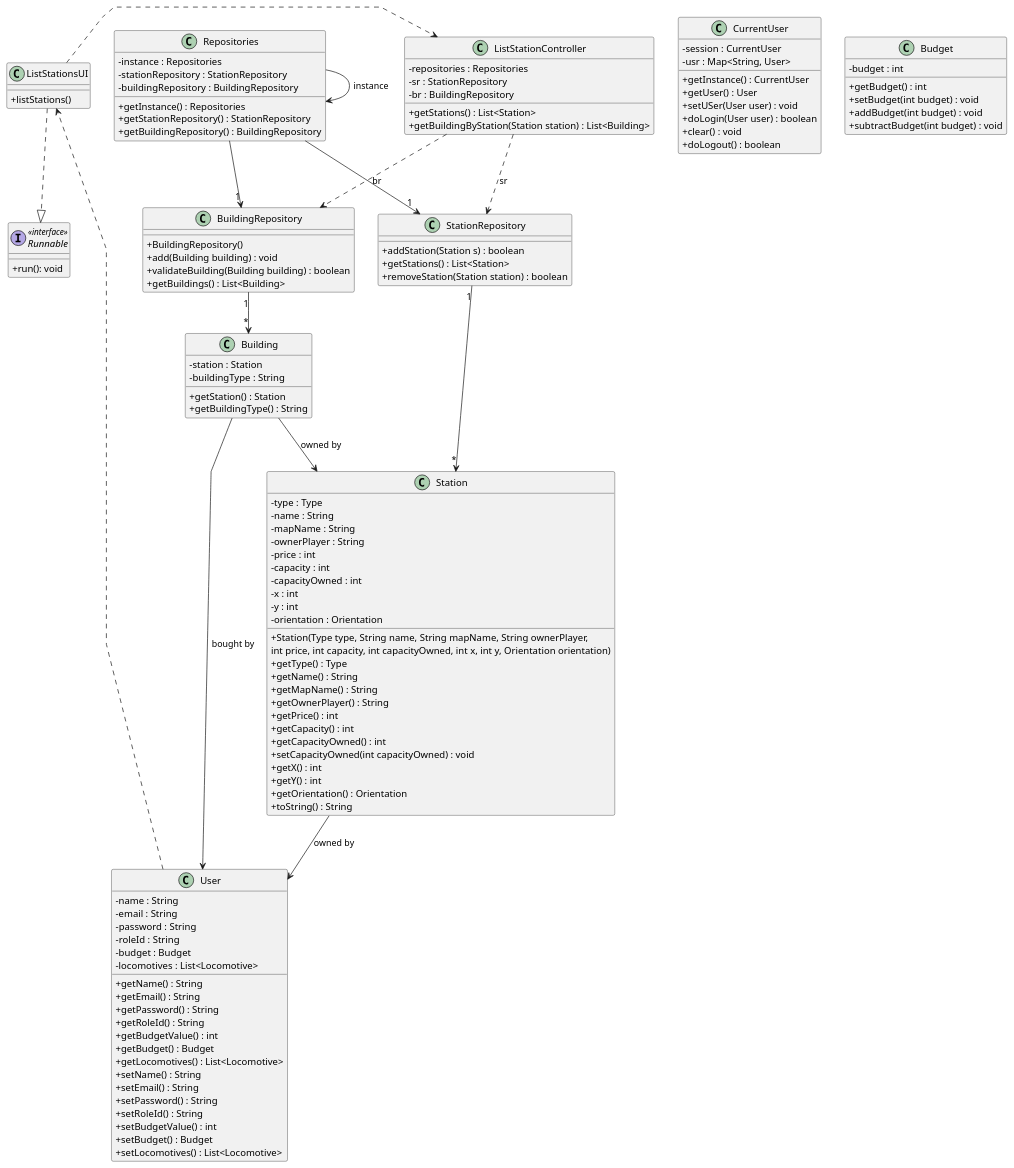
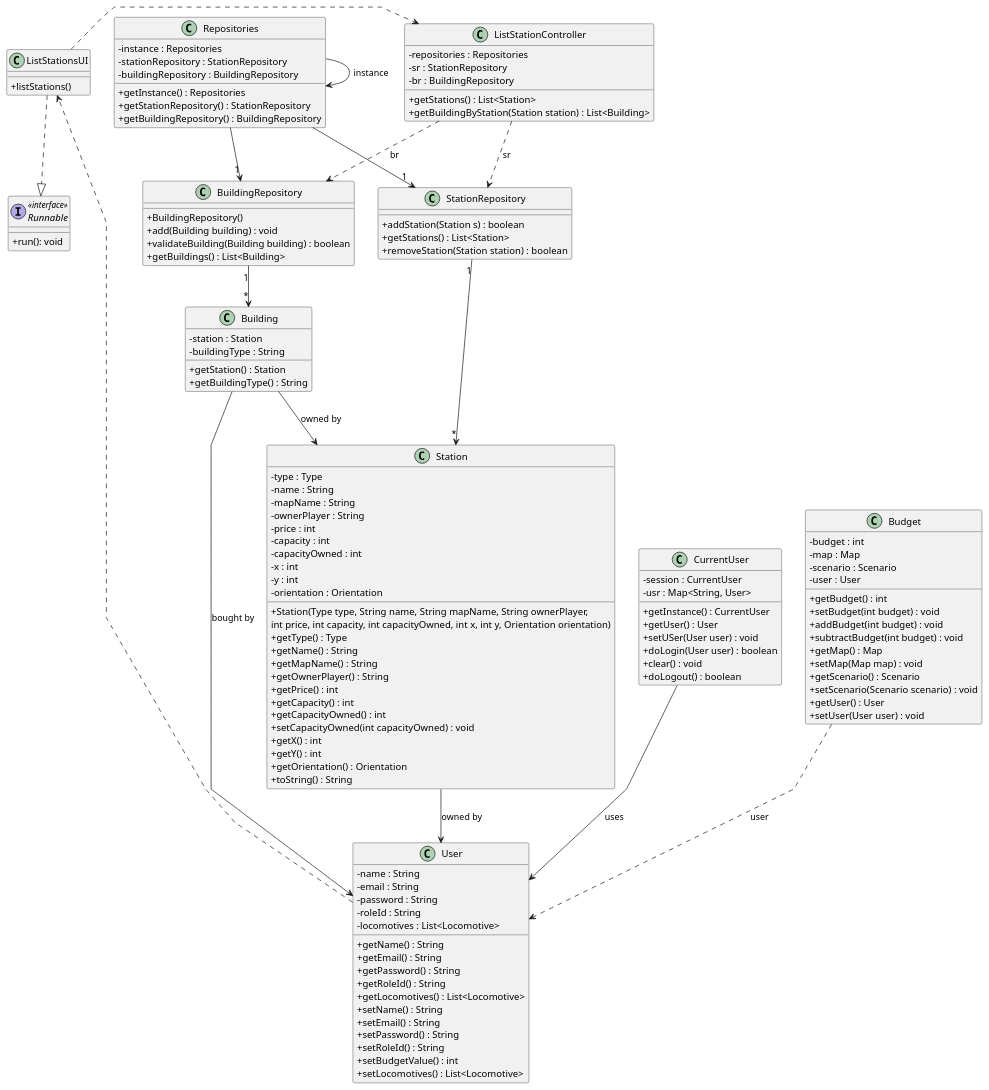
The diagram in docs/system-documentation/US007/03.design/puml/US007-CD.puml (goncalolopesp/sem2-pi-24.25-g093-repo), drawn with PlantUML before and after one commit. The commit also changed 1 other file, not shown here.

Commit message:
US007 - Updated "Class Diagram"

```diff
--- a/docs/system-documentation/US007/03.design/puml/US007-CD.puml
+++ b/docs/system-documentation/US007/03.design/puml/US007-CD.puml
@@ -1,149 +1,156 @@
 @startuml US007-CD
 skinparam packageStyle rectangle
 skinparam shadowing false
 skinparam linetype polyline
 skinparam classAttributeIconSize 0
 
 'Domains
 class User {
     - name : String
     - email : String
     - password : String
     - roleId : String
-    - budget : Budget
     - locomotives : List<Locomotive>
     + getName() : String
     + getEmail() : String
     + getPassword() : String
     + getRoleId() : String
-    + getBudgetValue() : int
-    + getBudget() : Budget
     + getLocomotives() : List<Locomotive>
     + setName() : String
     + setEmail() : String
     + setPassword() : String
     + setRoleId() : String
     + setBudgetValue() : int
-    + setBudget() : Budget
     + setLocomotives() : List<Locomotive>
 }
 
 class Building{
     - station : Station
     - buildingType : String
     + getStation() : Station
     + getBuildingType() : String
 }
 
 class Station {
     - type : Type
     - name : String
     - mapName : String
     - ownerPlayer : String
     - price : int
     - capacity : int
     - capacityOwned : int
     - x : int
     - y : int
     - orientation : Orientation
     + Station(Type type, String name, String mapName, String ownerPlayer,
                          int price, int capacity, int capacityOwned, int x, int y, Orientation orientation)
     + getType() : Type
     + getName() : String
     + getMapName() : String
     + getOwnerPlayer() : String
     + getPrice() : int
     + getCapacity() : int
     + getCapacityOwned() : int
     + setCapacityOwned(int capacityOwned) : void
     + getX() : int
     + getY() : int
     + getOrientation() : Orientation
     + toString() : String
 
 }
 
 class CurrentUser{
     - session : CurrentUser
     - usr : Map<String, User>
     + getInstance() : CurrentUser
     + getUser() : User
     + setUSer(User user) : void
     + doLogin(User user) : boolean
     + clear() : void
     + doLogout() : boolean
 }
 
 class Budget{
     - budget : int
+    - map : Map
+    - scenario : Scenario
+    - user : User
     + getBudget() : int
     + setBudget(int budget) : void
     + addBudget(int budget) : void
     + subtractBudget(int budget) : void
+    + getMap() : Map
+    + setMap(Map map) : void
+    + getScenario() : Scenario
+    + setScenario(Scenario scenario) : void
+    + getUser() : User
+    + setUser(User user) : void
 }
 
 'UI
 class ListStationsUI {
   + listStations()
 }
 
 'interface
 interface Runnable <<interface>>{
     +run(): void
 }
 
 'Controller
 class ListStationController{
     - repositories : Repositories
     - sr : StationRepository
     - br : BuildingRepository
     + getStations() : List<Station>
     + getBuildingByStation(Station station) : List<Building>
 }
 
 'Repository
 class Repositories {
     - instance : Repositories
     - stationRepository : StationRepository
     - buildingRepository : BuildingRepository
     + getInstance() : Repositories
     + getStationRepository() : StationRepository
     + getBuildingRepository() : BuildingRepository
 }
 
 class BuildingRepository {
   + BuildingRepository()
   + add(Building building) : void
   + validateBuilding(Building building) : boolean
   + getBuildings() : List<Building>
 }
 
 class StationRepository {
   + addStation(Station s) : boolean
   + getStations() : List<Station>
   + removeStation(Station station) : boolean
 }
 
 'Connections
 User ..> ListStationsUI
 
 ListStationsUI ..|> Runnable
 ListStationsUI .> ListStationController
 
 ListStationController ..> StationRepository : sr
 ListStationController ..> BuildingRepository : br
 
 Repositories -> Repositories : instance
 Repositories --> "1" StationRepository
 Repositories --> "1" BuildingRepository
 
 StationRepository "1" --> "*" Station
 BuildingRepository "1" --> "*" Building
 
+Budget ..> User : user
+CurrentUser --> User : uses
 Building --> User : bought by
 Building --> Station : owned by
 Station --> User : owned by
 
 
 
 @enduml
```
